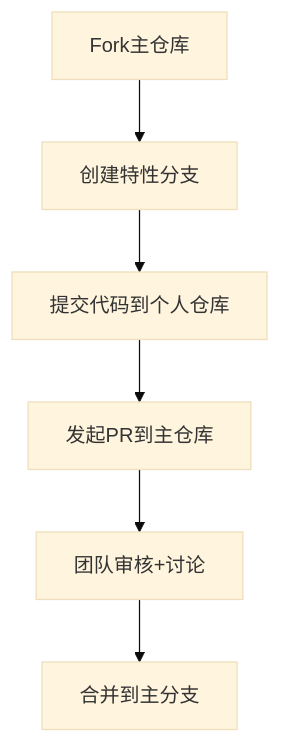
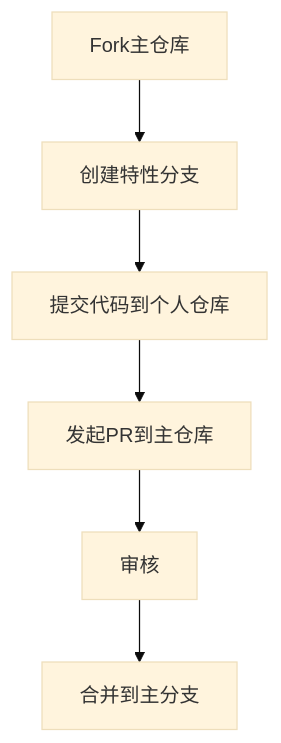
Before and after one commit to oliver2981/intern: the first of 2 diagrams in 测试实习 V2/00 GitHub&GitLab/GitHub&GitLab 基础使用.md, drawn with Mermaid (base theme). The commit also changed other lines of this file and 1 other file, not shown here.

````diff
--- a/测试实习 V2/00 GitHub&GitLab/GitHub&GitLab 基础使用.md
+++ b/测试实习 V2/00 GitHub&GitLab/GitHub&GitLab 基础使用.md
@@ -12,8 +20,8 @@
    ```mermaid
    graph TB
      A[Fork主仓库] --> B[创建特性分支]
      B --> C[提交代码到个人仓库]
      C --> D[发起PR到主仓库]
-     D --> E[团队审核+讨论]
+     D --> E[审核]
      E --> F[合并到主分支]
    ```
````
